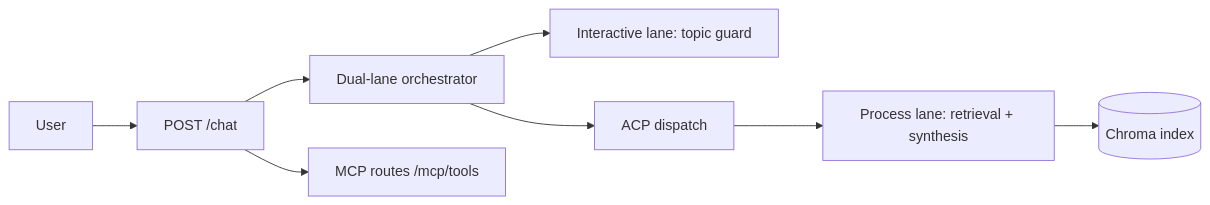
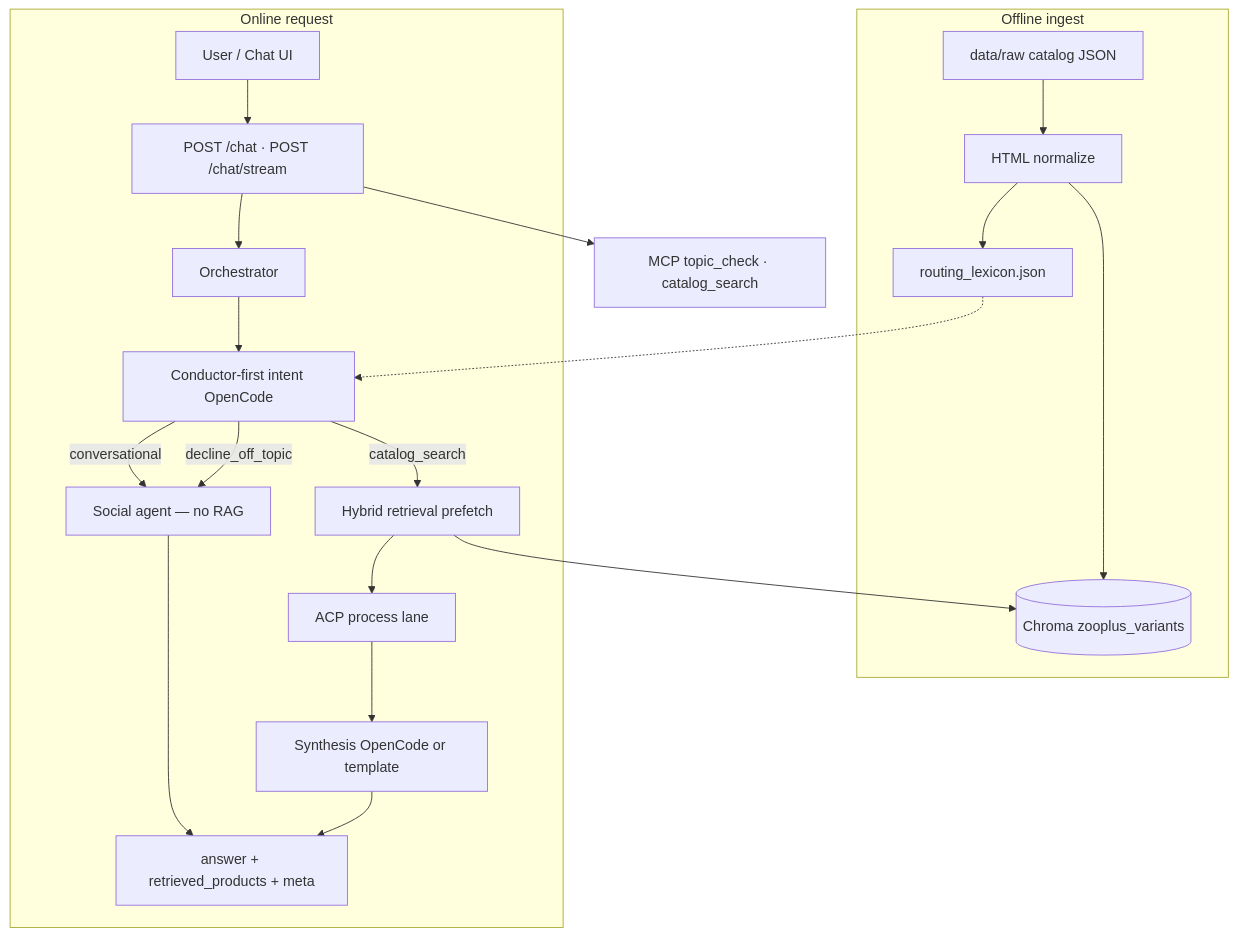
Before and after one commit to peluzzza/PoCAssistantZooplus: the diagram in README.md, drawn with Mermaid. The commit also changed other lines of this file, not shown here.

Commit message:
docs(readme): update architecture and API for v0.1.3 agentic flow

````diff
--- a/README.md
+++ b/README.md
@@ -35,10 +35,25 @@
 ```mermaid
-flowchart LR
-  U[User] --> API[POST /chat]
-  API --> ORCH[Dual-lane orchestrator]
-  ORCH --> IG[Interactive lane: topic guard]
-  ORCH --> ACP[ACP dispatch]
-  ACP --> PL[Process lane: retrieval + synthesis]
-  PL --> CHROMA[(Chroma index)]
-  API --> MCP[MCP routes /mcp/tools]
+flowchart TB
+  subgraph offline [Offline ingest]
+    RAW[data/raw catalog JSON] --> NORM[HTML normalize]
+    NORM --> CHROMA[(Chroma zooplus_variants)]
+    NORM --> LEX[routing_lexicon.json]
+  end
+
+  subgraph online [Online request]
+    U[User / Chat UI] --> API["POST /chat · POST /chat/stream"]
+    API --> ORCH[Orchestrator]
+    ORCH --> COND[Conductor-first intent OpenCode]
+    COND -->|decline_off_topic| SOC[Social agent — no RAG]
+    COND -->|conversational| SOC
+    COND -->|catalog_search| HYB[Hybrid retrieval prefetch]
+    HYB --> CHROMA
+    HYB --> ACP[ACP process lane]
+    ACP --> SYN[Synthesis OpenCode or template]
+    SYN --> RESP["answer + retrieved_products + meta"]
+    SOC --> RESP
+  end
+
+  LEX -.-> COND
+  API --> MCP[MCP topic_check · catalog_search]
 ```
````
